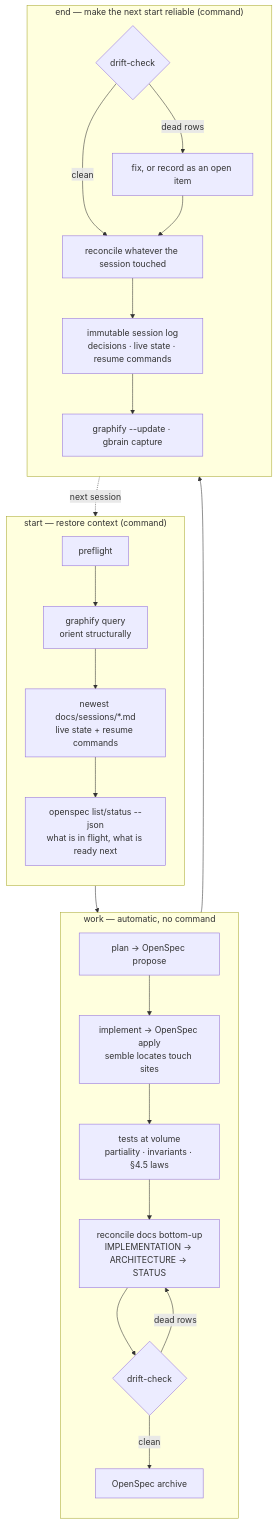
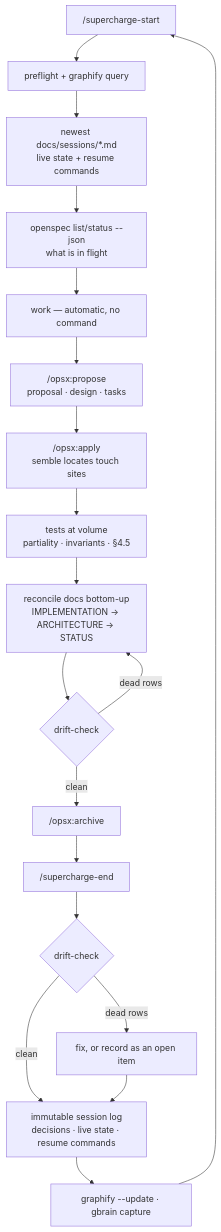
One commit to LessComplexity/supercharge changed the first of 2 diagrams in README.md. Above: the diagram before and after it, drawn with Mermaid.

Commit message:
docs: keep the flow diagram a flat top-down chain
Grouping it into one subgraph per mode made it shorter but hid the sequence,
which is the thing the diagram is for. Tall beats wide here.

Keeps the two nodes the original left-to-right version was missing: the drift
check runs again at the top of end, not only as the archive gate inside work,
and end finishes with the graph refresh and the gbrain capture.

Claude-Session: https://claude.ai/code/session_01QUtt56LSXjGi2KAcuxYALm

````diff
--- a/README.md
+++ b/README.md
@@ -63,31 +63,21 @@
 ```mermaid
 flowchart TD
-  subgraph M1["start — restore context (command)"]
-    direction TB
-    A1["preflight"] --> A2["graphify query<br/>orient structurally"]
-    A2 --> A3["newest docs/sessions/*.md<br/>live state + resume commands"]
-    A3 --> A4["openspec list/status --json<br/>what is in flight, what is ready next"]
-  end
-
-  subgraph M2["work — automatic, no command"]
-    direction TB
-    B1["plan → OpenSpec propose"] --> B2["implement → OpenSpec apply<br/>semble locates touch sites"]
-    B2 --> B3["tests at volume<br/>partiality · invariants · §4.5 laws"]
-    B3 --> B4["reconcile docs bottom-up<br/>IMPLEMENTATION → ARCHITECTURE → STATUS"]
-    B4 --> B5{"drift-check"}
-    B5 -->|"dead rows"| B4
-    B5 -->|"clean"| B6["OpenSpec archive"]
-  end
-
-  subgraph M3["end — make the next start reliable (command)"]
-    direction TB
-    C1{"drift-check"} -->|"dead rows"| C2["fix, or record as an open item"]
-    C1 -->|"clean"| C3
-    C2 --> C3["reconcile whatever the session touched"]
-    C3 --> C4["immutable session log<br/>decisions · live state · resume commands"]
-    C4 --> C5["graphify --update · gbrain capture"]
-  end
-
-  M1 --> M2 --> M3
-  M3 -.->|"next session"| M1
+  S["/supercharge-start"] --> P["preflight + graphify query"]
+  P --> L["newest docs/sessions/*.md<br/>live state + resume commands"]
+  L --> O["openspec list/status --json<br/>what is in flight"]
+  O --> W["work — automatic, no command"]
+  W --> Plan["/opsx:propose<br/>proposal · design · tasks"]
+  Plan --> Impl["/opsx:apply<br/>semble locates touch sites"]
+  Impl --> Test["tests at volume<br/>partiality · invariants · §4.5"]
+  Test --> Rec["reconcile docs bottom-up<br/>IMPLEMENTATION → ARCHITECTURE → STATUS"]
+  Rec --> D{"drift-check"}
+  D -->|"dead rows"| Rec
+  D -->|"clean"| Arc["/opsx:archive"]
+  Arc --> E["/supercharge-end"]
+  E --> D2{"drift-check"}
+  D2 -->|"dead rows"| Fix["fix, or record as an open item"]
+  D2 -->|"clean"| Log
+  Fix --> Log["immutable session log<br/>decisions · live state · resume commands"]
+  Log --> Up["graphify --update · gbrain capture"]
+  Up --> S
 ```
````
